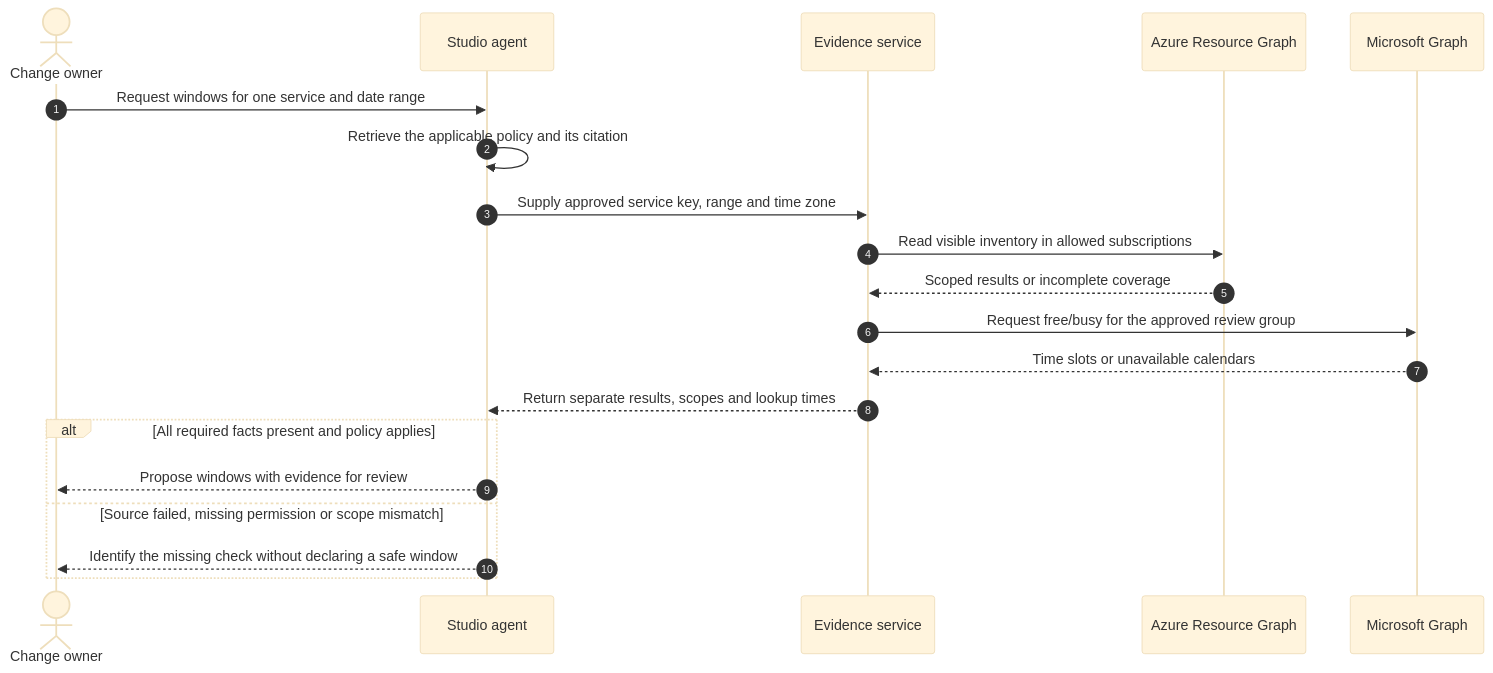
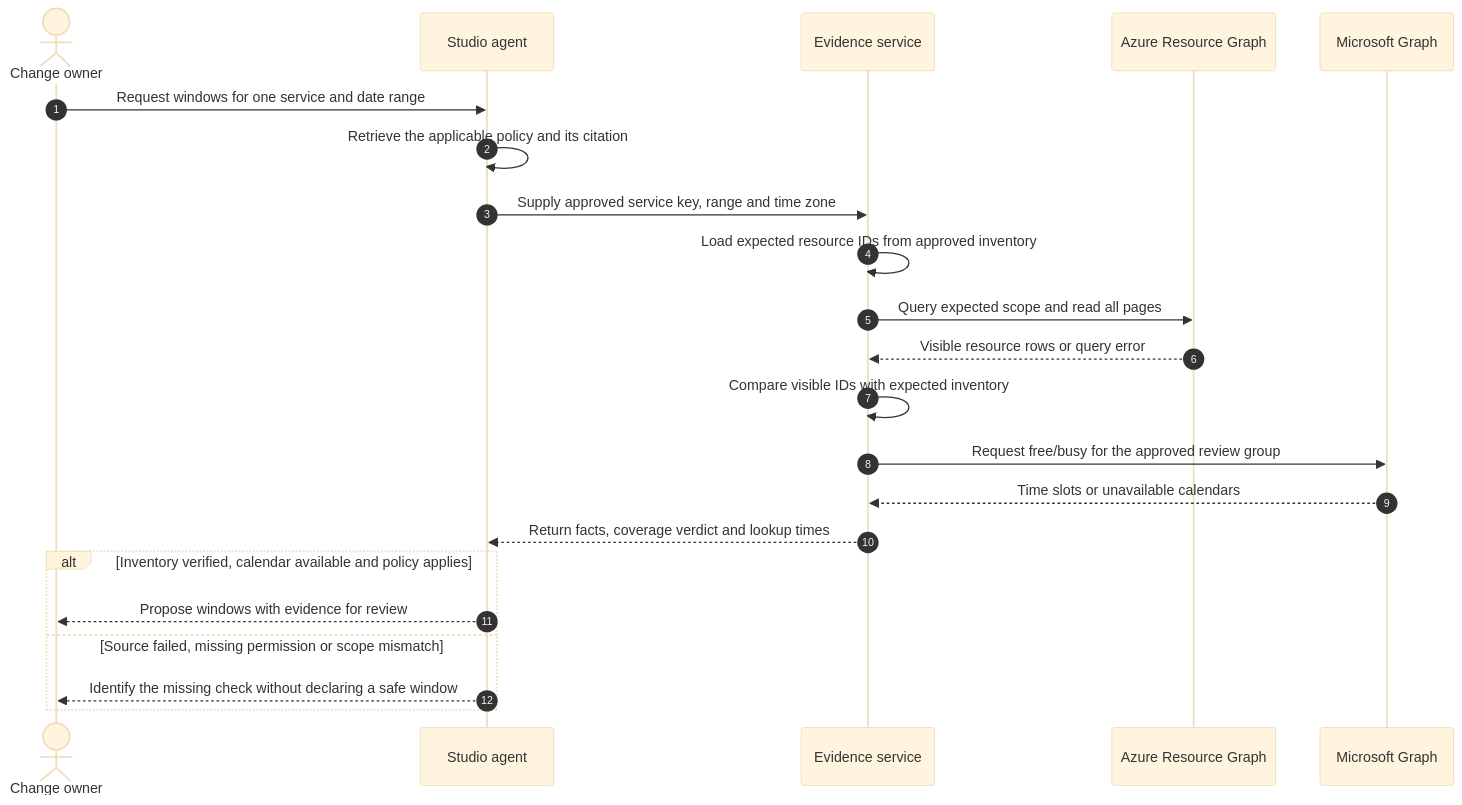
The second of 2 diagrams in technical-patterns/change-window-evidence.md (abhishek-ai-enabler/copilotstudio-architecture-patterns), drawn with Mermaid (base theme) before and after one commit. The commit also changed other lines of this file and 14 other files, not shown here.

Commit message:
Require catalog-specific review evidence and correct two technical flows

````diff
--- a/technical-patterns/change-window-evidence.md
+++ b/technical-patterns/change-window-evidence.md
@@ -32,23 +33,25 @@
 ```mermaid
 sequenceDiagram
     accTitle: Reconcile policy, inventory scope and time before drafting
     autonumber
     actor U as Change owner
     participant A as Studio agent
     participant B as Evidence service
     participant R as Azure Resource Graph
     participant G as Microsoft Graph
     U->>A: Request windows for one service and date range
     A->>A: Retrieve the applicable policy and its citation
     A->>B: Supply approved service key, range and time zone
-    B->>R: Read visible inventory in allowed subscriptions
-    R-->>B: Scoped results or incomplete coverage
+    B->>B: Load expected resource IDs from approved inventory
+    B->>R: Query expected scope and read all pages
+    R-->>B: Visible resource rows or query error
+    B->>B: Compare visible IDs with expected inventory
     B->>G: Request free/busy for the approved review group
     G-->>B: Time slots or unavailable calendars
-    B-->>A: Return separate results, scopes and lookup times
-    alt All required facts present and policy applies
+    B-->>A: Return facts, coverage verdict and lookup times
+    alt Inventory verified, calendar available and policy applies
         A-->>U: Propose windows with evidence for review
     else Source failed, missing permission or scope mismatch
         A-->>U: Identify the missing check without declaring a safe window
     end
 ```
````
